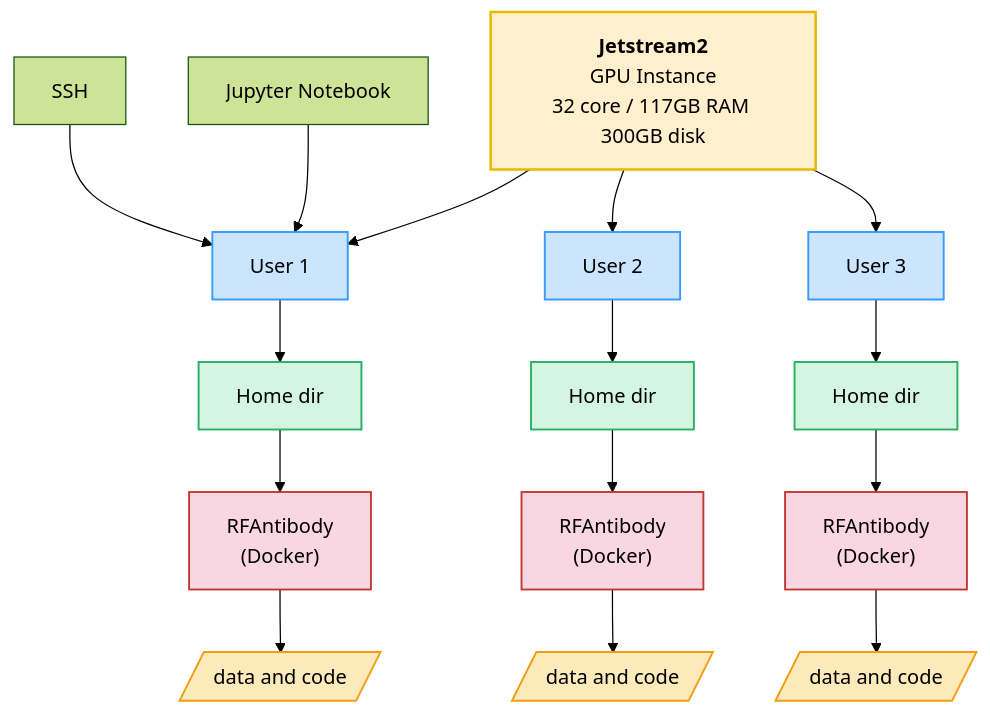
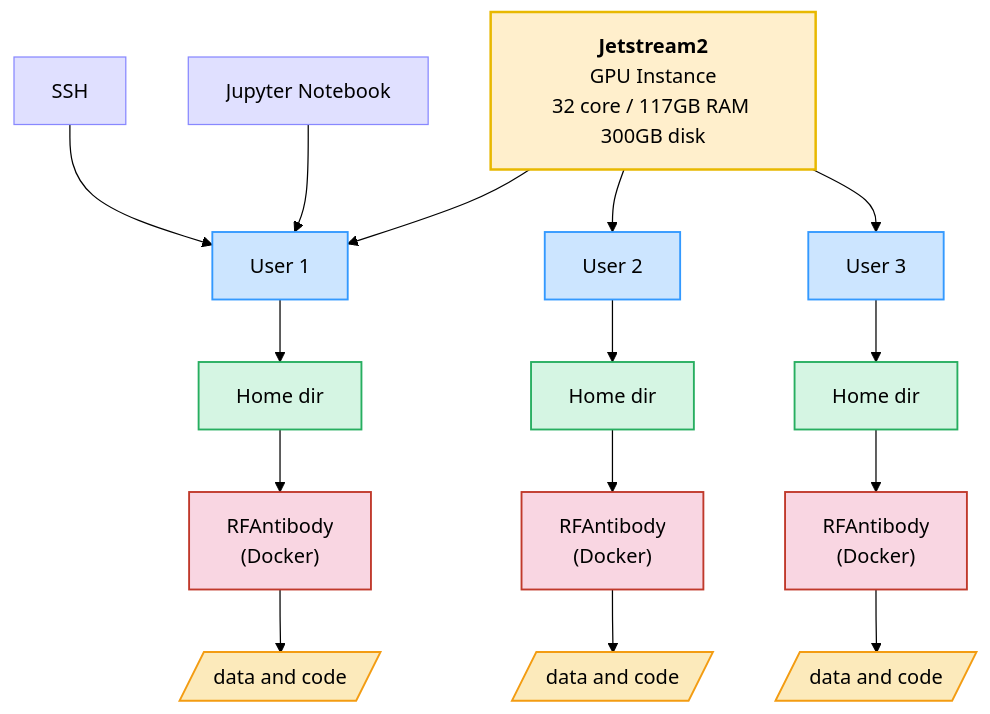
Before and after one commit to AntibodyEngineers/2025-Antibodies-and-AI: the diagram in README.md, drawn with Mermaid (forest theme). The commit also changed other lines of this file, not shown here.

````diff
--- a/README.md
+++ b/README.md
@@ -9,18 +9,19 @@
 ```mermaid
 flowchart TD
 
 A[<b>Jetstream2</b><br/>GPU Instance<br/>32 core / 117GB RAM 300GB disk]:::gpu
   --> B[User 1]:::user --> C[Home dir]:::home --> D["RFAntibody<br/>(Docker)"]:::docker --> E[/data and code/]:::data
 A --> B2[User 2]:::user --> C2[Home dir]:::home --> D2["RFAntibody<br/>(Docker)"]:::docker --> E2[/data and code/]:::data
 A --> B3[User 3]:::user --> C3[Home dir]:::home --> D3["RFAntibody<br/>(Docker)"]:::docker --> E3[/data and code/]:::data
 
 SSH1[SSH]:::access --> B
 Jupyter1[Jupyter Notebook]:::access --> B
 
 %% Style definitions
 classDef gpu fill:#ffefcc,stroke:#e8b800,stroke-width:2px;
 classDef user fill:#cce5ff,stroke:#3399ff,stroke-width:1.5px;
 classDef home fill:#d5f5e3,stroke:#27ae60,stroke-width:1.5px;
 classDef docker fill:#f9d6e2,stroke:#c0392b,stroke-width:1.5px;
 classDef data fill:#fceabb,stroke:#f39c12,stroke-width:1.5px;
+classDef access fill:#e0e0ff,stroke:#8888ff,stroke-width:1px;
 ```
````
